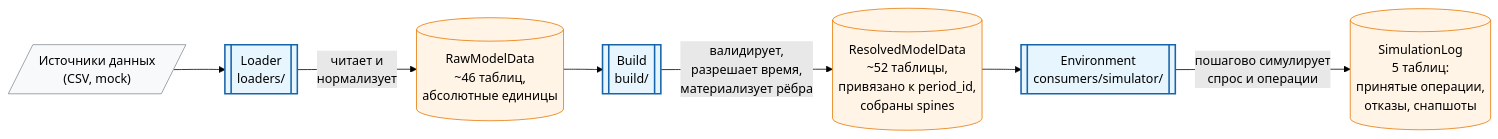
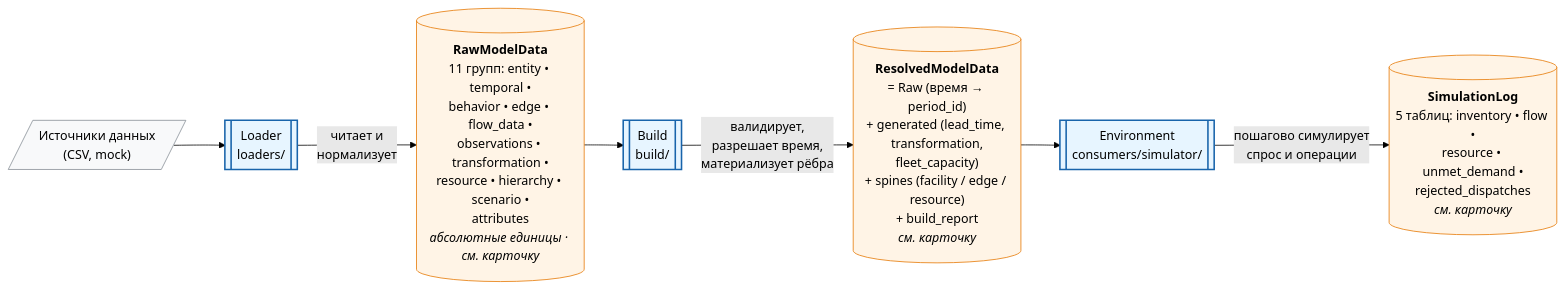
Before and after one commit to vlzm/GFDRR: the second of 4 diagrams in docs/philosophy/уровни_понимания_кода_диаграммы.md, drawn with Mermaid (forest theme). The commit also changed other lines of this file, not shown here.

Commit message:
Add data contract reference guide with detailed descriptions for RawModelData, ResolvedModelData, and SimulationLog

````diff
--- a/docs/philosophy/уровни_понимания_кода_диаграммы.md
+++ b/docs/philosophy/уровни_понимания_кода_диаграммы.md
@@ -51,23 +153,23 @@
 ```mermaid
 flowchart LR
     Source[/"Источники данных<br/>(CSV, mock)"/]:::io
 
     Loader[["Loader<br/>loaders/"]]:::module
     Build[["Build<br/>build/"]]:::module
     Env[["Environment<br/>consumers/simulator/"]]:::module
 
-    Raw[("RawModelData<br/>~46 таблиц,<br/>абсолютные единицы")]:::data
-    Resolved[("ResolvedModelData<br/>~52 таблицы,<br/>привязано к period_id,<br/>собраны spines")]:::data
-    SimLog[("SimulationLog<br/>5 таблиц:<br/>принятые операции,<br/>отказы, снапшоты")]:::data
+    Raw[("<b>RawModelData</b><br/>11 групп: entity • temporal •<br/>behavior • edge • flow_data •<br/>observations • transformation •<br/>resource • hierarchy • scenario •<br/>attributes<br/><i>абсолютные единицы · см. карточку</i>")]:::data
+    Resolved[("<b>ResolvedModelData</b><br/>= Raw (время → period_id)<br/>+ generated (lead_time, transformation,<br/>fleet_capacity)<br/>+ spines (facility / edge / resource)<br/>+ build_report<br/><i>см. карточку</i>")]:::data
+    SimLog[("<b>SimulationLog</b><br/>5 таблиц: inventory • flow •<br/>resource • unmet_demand •<br/>rejected_dispatches<br/><i>см. карточку</i>")]:::data
 
     Source --> Loader
     Loader -->|"читает и<br/>нормализует"| Raw
     Raw --> Build
     Build -->|"валидирует,<br/>разрешает время,<br/>материализует рёбра"| Resolved
     Resolved --> Env
     Env -->|"пошагово симулирует<br/>спрос и операции"| SimLog
 
     classDef module fill:#e7f5ff,stroke:#1864ab,stroke-width:2px
     classDef data fill:#fff4e6,stroke:#e67700
     classDef io fill:#f8f9fa,stroke:#868e96
 ```
````
